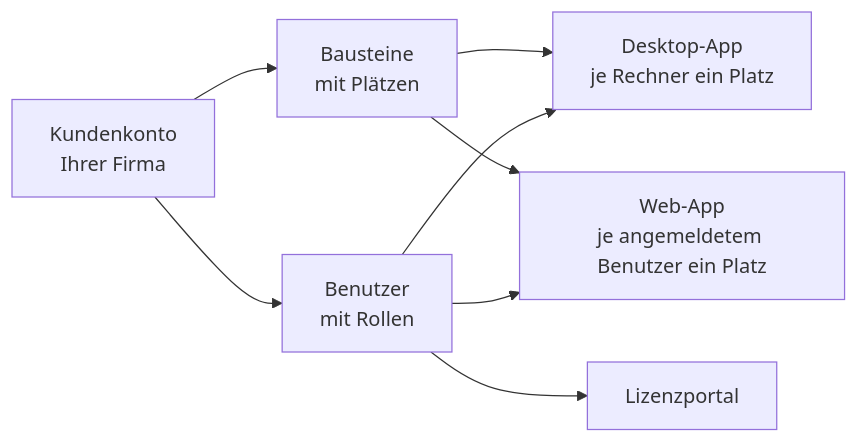
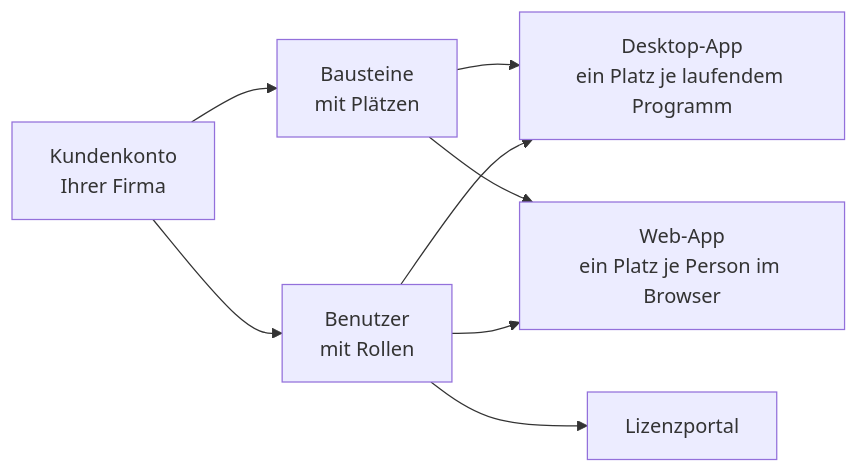
Before and after one commit to Herzog-GmbH/HerzogCAB-Docs: the diagram in docs/setup/account.md, drawn with Mermaid. The commit also changed other lines of this file and 23 other files, not shown here.

````diff
--- a/docs/setup/account.md
+++ b/docs/setup/account.md
@@ -17,10 +17,10 @@
 ```mermaid
 flowchart LR
   K[Kundenkonto<br>Ihrer Firma] --> B[Bausteine<br>mit Plätzen]
   K --> U[Benutzer<br>mit Rollen]
-  B --> D[Desktop-App<br>je Rechner ein Platz]
-  B --> W[Web-App<br>je angemeldetem Benutzer ein Platz]
+  B --> D[Desktop-App<br>ein Platz je laufendem Programm]
+  B --> W[Web-App<br>ein Platz je Person im Browser]
   U --> D
   U --> W
   U --> P[Lizenzportal]
 ```
````
